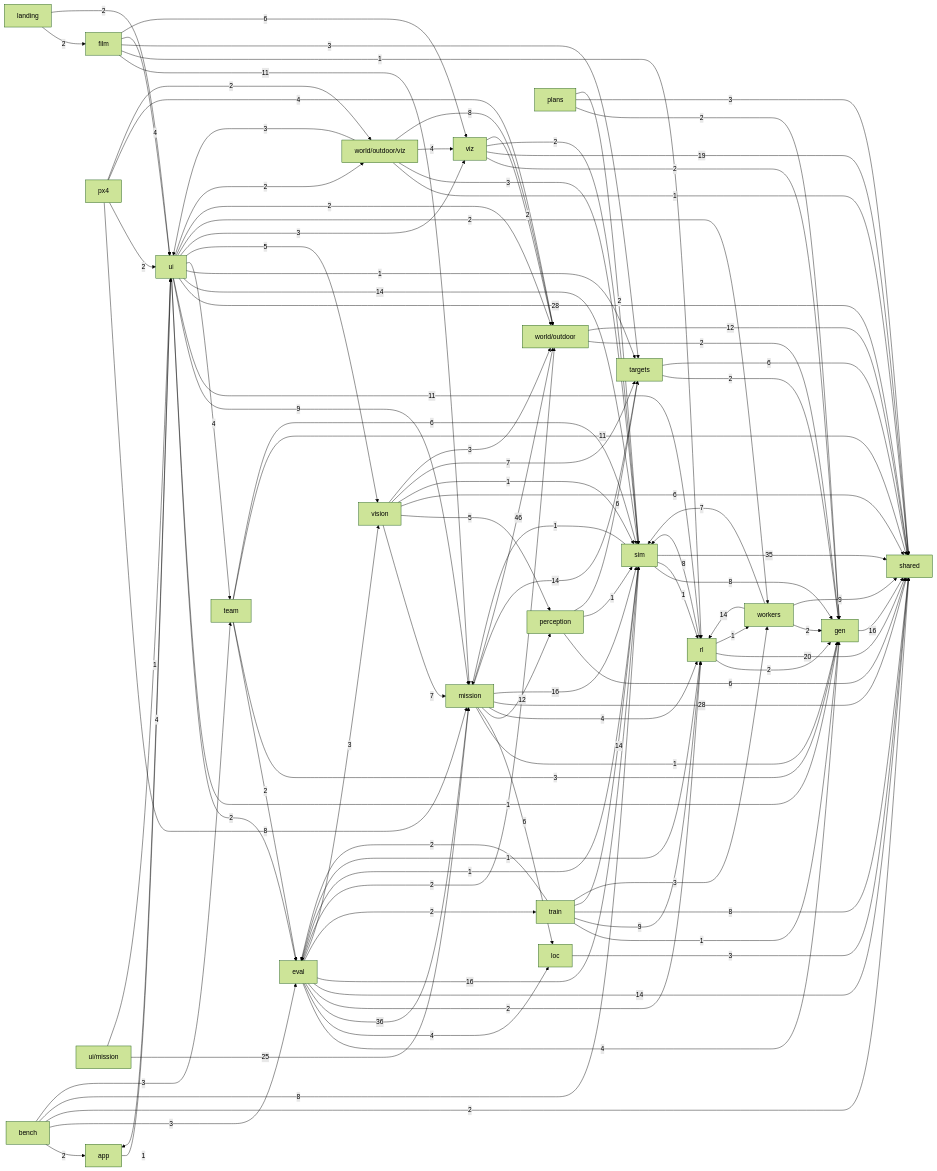
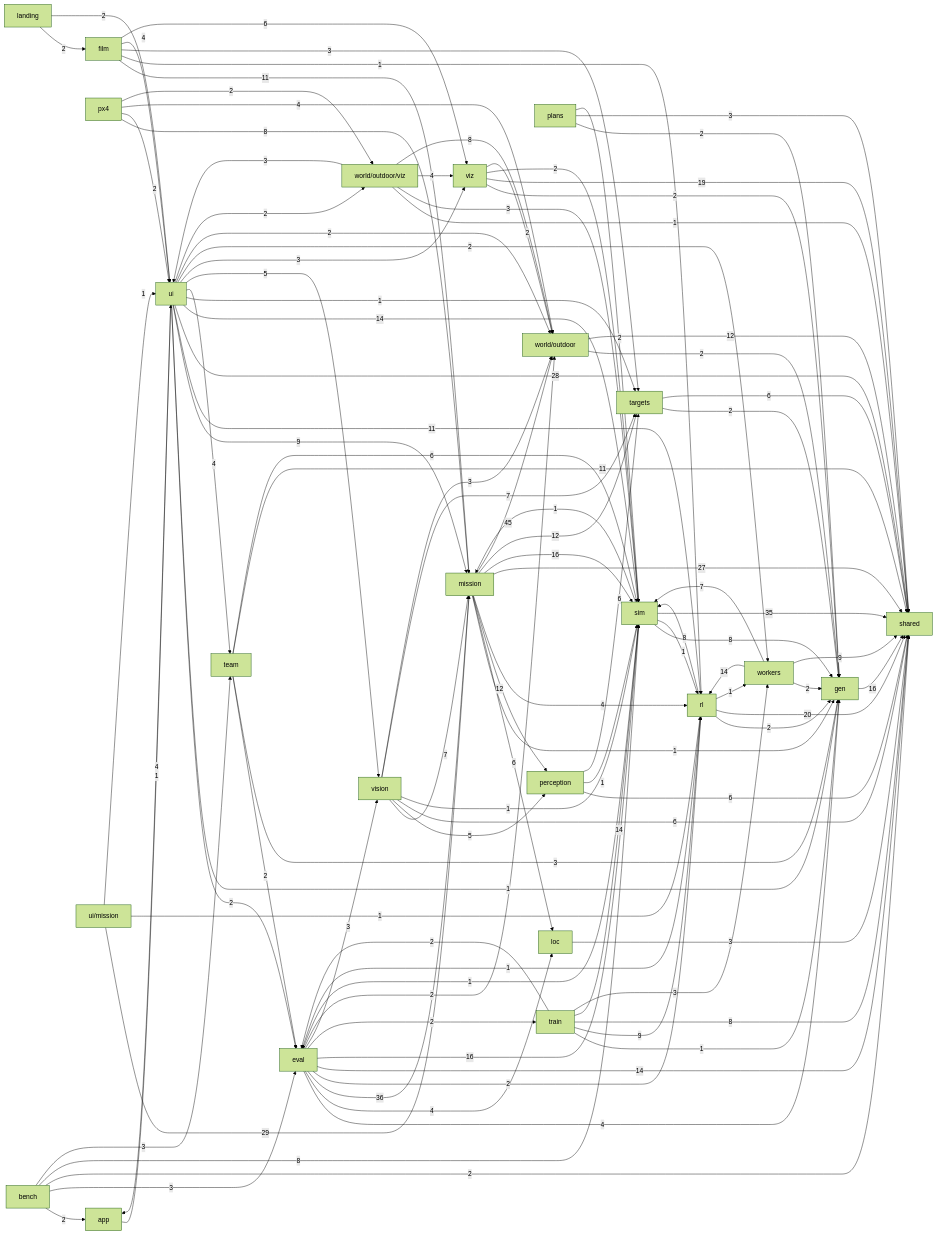
The second of 2 diagrams in docs/ARCHITECTURE.md (alexnieves-cs/frontier-fly), drawn with Mermaid (forest theme) before and after one commit. The commit also changed other lines of this file and 22 other files, not shown here.

```diff
--- a/docs/ARCHITECTURE.md
+++ b/docs/ARCHITECTURE.md
@@ -128,10 +128,10 @@
   mission -->|6| loc
   mission -->|12| perception
   mission -->|4| rl
-  mission -->|28| shared
+  mission -->|27| shared
   mission -->|16| sim
-  mission -->|14| targets
-  mission -->|46| world_outdoor
+  mission -->|12| targets
+  mission -->|45| world_outdoor
   perception -->|6| shared
   perception -->|1| sim
   perception -->|6| targets
@@ -164,7 +164,8 @@
   train -->|8| shared
   train -->|14| sim
   train -->|3| workers
-  ui_mission -->|25| mission
+  ui_mission -->|29| mission
+  ui_mission -->|1| rl
   ui_mission -->|1| ui
   ui -->|4| app
   ui -->|2| eval
```
